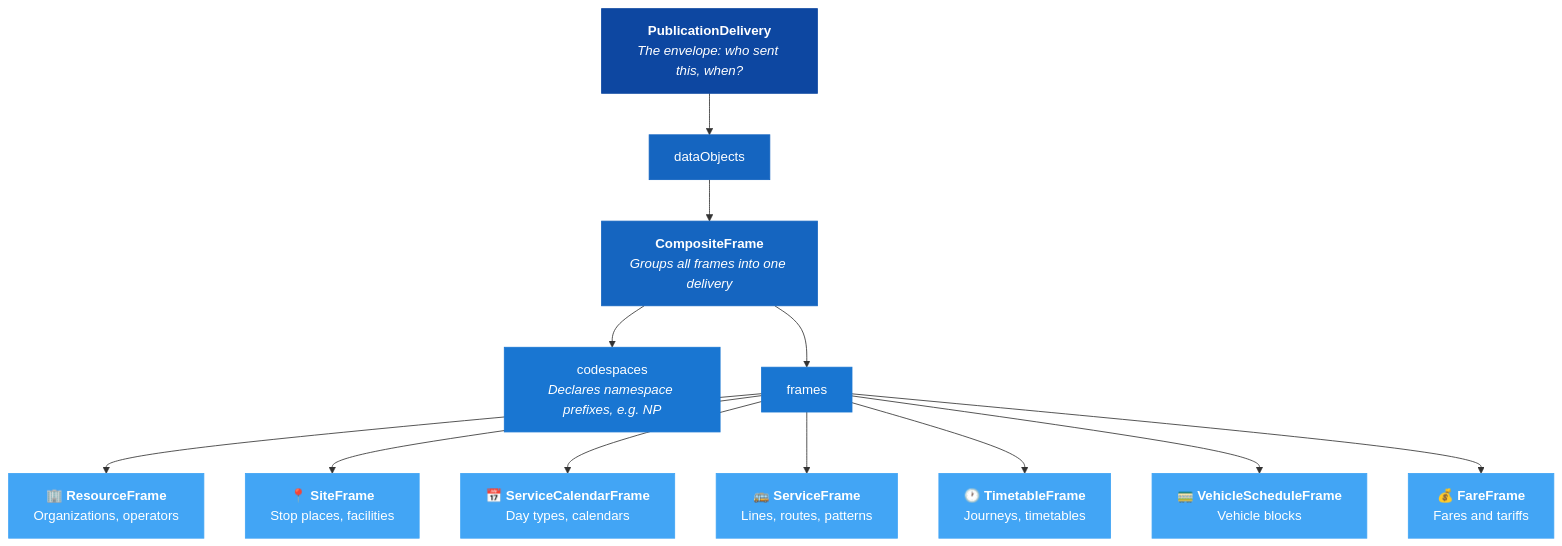
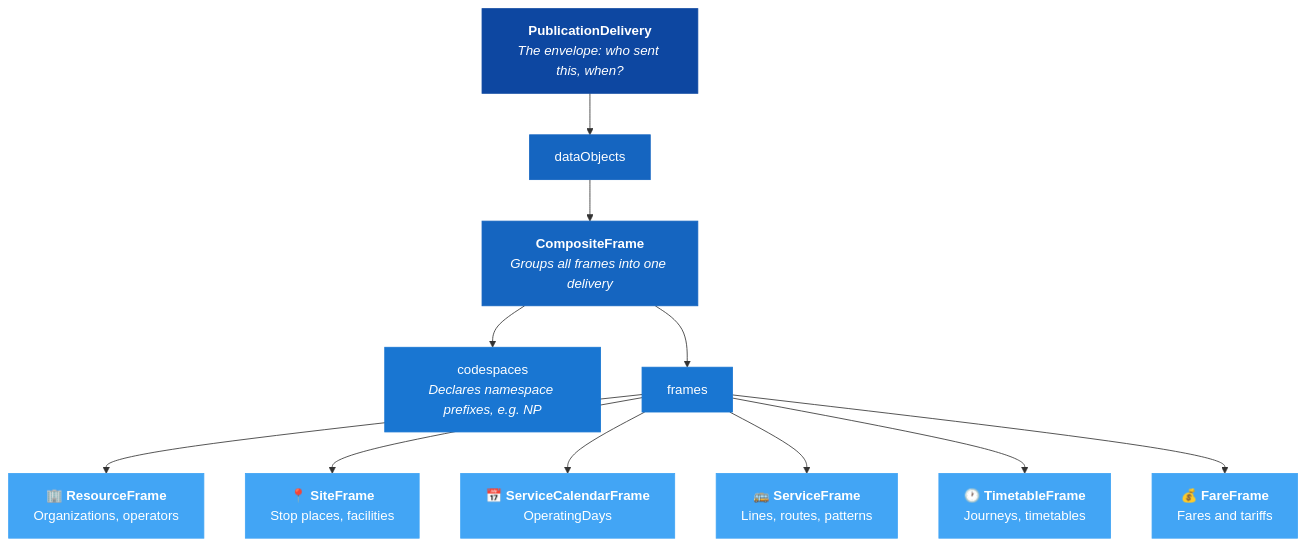
Before and after one commit to hfjelstad/uic-netex-profile-workspace-full: the second of 3 diagrams in Guides/GetStarted/GetStarted_Guide.md, drawn with Mermaid. The commit also changed other lines of this file and 9 other files, not shown here.

````diff
--- a/Guides/GetStarted/GetStarted_Guide.md
+++ b/Guides/GetStarted/GetStarted_Guide.md
@@ -65,40 +63,37 @@
 ```mermaid
 flowchart TD
     PD["<b>PublicationDelivery</b><br/><i>The envelope: who sent this, when?</i>"]
     DO["dataObjects"]
     CF["<b>CompositeFrame</b><br/><i>Groups all frames into one delivery</i>"]
     CS["codespaces<br/><i>Declares namespace prefixes, e.g. NP</i>"]
     FR["frames"]
 
     RF["🏢 <b>ResourceFrame</b><br/>Organizations, operators"]
     SF["📍 <b>SiteFrame</b><br/>Stop places, facilities"]
-    SCF["📅 <b>ServiceCalendarFrame</b><br/>Day types, calendars"]
+    SCF["📅 <b>ServiceCalendarFrame</b><br/>OperatingDays"]
     SVF["🚌 <b>ServiceFrame</b><br/>Lines, routes, patterns"]
     TF["🕐 <b>TimetableFrame</b><br/>Journeys, timetables"]
-    VSF["🚃 <b>VehicleScheduleFrame</b><br/>Vehicle blocks"]
     FF["💰 <b>FareFrame</b><br/>Fares and tariffs"]
 
     PD --> DO --> CF
     CF --> CS
     CF --> FR
     FR --> RF
     FR --> SF
     FR --> SCF
     FR --> SVF
     FR --> TF
-    FR --> VSF
     FR --> FF
 
     style PD fill:#0D47A1,stroke:#0D47A1,color:#fff
     style DO fill:#1565C0,stroke:#1565C0,color:#fff
     style CF fill:#1565C0,stroke:#1565C0,color:#fff
     style CS fill:#1976D2,stroke:#1976D2,color:#fff
     style FR fill:#1976D2,stroke:#1976D2,color:#fff
     style RF fill:#42A5F5,stroke:#42A5F5,color:#fff
     style SF fill:#42A5F5,stroke:#42A5F5,color:#fff
     style SCF fill:#42A5F5,stroke:#42A5F5,color:#fff
     style SVF fill:#42A5F5,stroke:#42A5F5,color:#fff
     style TF fill:#42A5F5,stroke:#42A5F5,color:#fff
-    style VSF fill:#42A5F5,stroke:#42A5F5,color:#fff
     style FF fill:#42A5F5,stroke:#42A5F5,color:#fff
 ```
````
